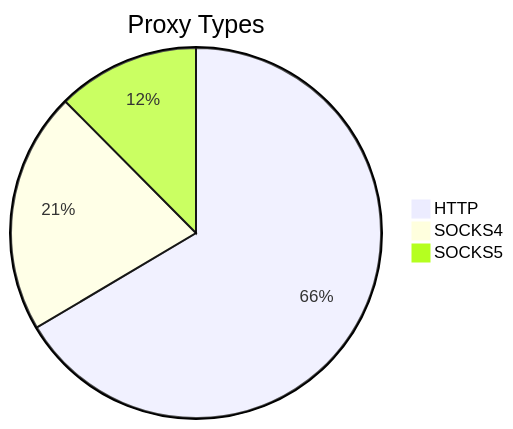
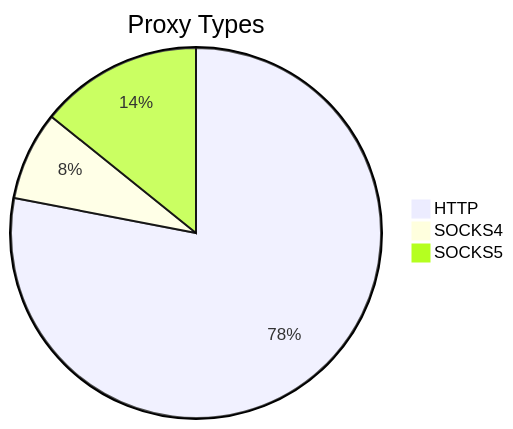
One commit to stormsia/proxy-list changed the first of 2 diagrams in README.md. Above: the diagram before and after it, drawn with Mermaid. The commit also changed other lines of this file, not shown here.

````diff
--- a/README.md
+++ b/README.md
@@ -21,6 +21,6 @@
 ```mermaid
 pie title Proxy Types
-    "HTTP" : 454
-    "SOCKS4" : 144
-    "SOCKS5" : 85
+    "HTTP" : 302
+    "SOCKS4" : 30
+    "SOCKS5" : 55
 ```
````
